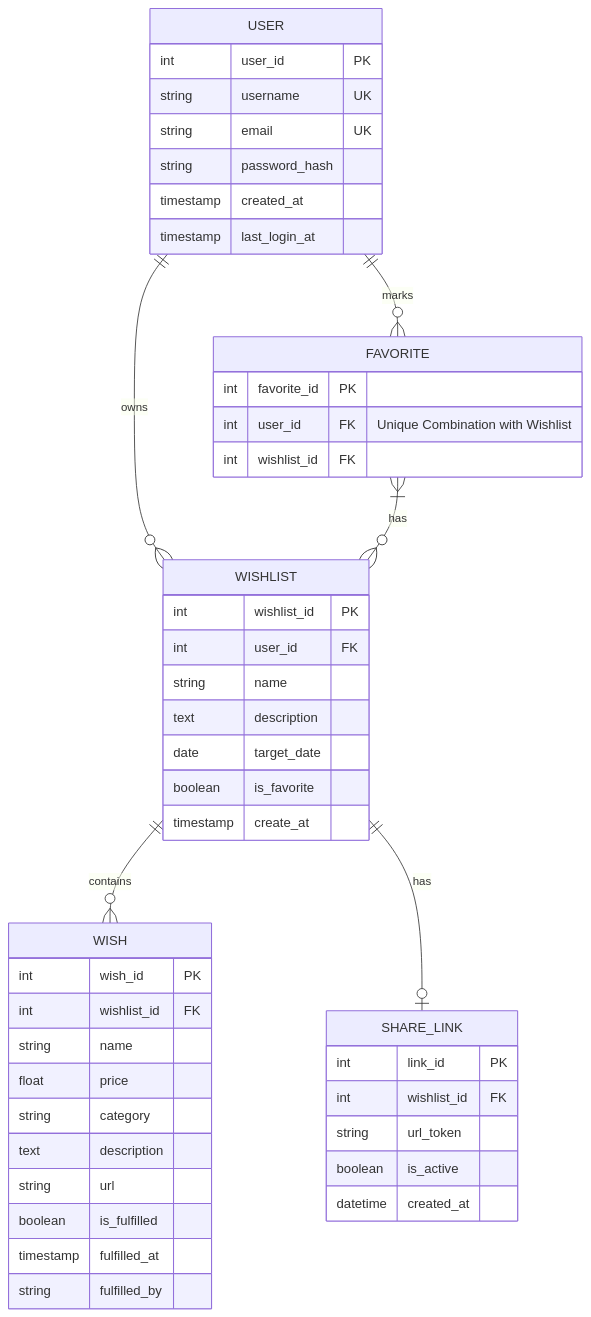
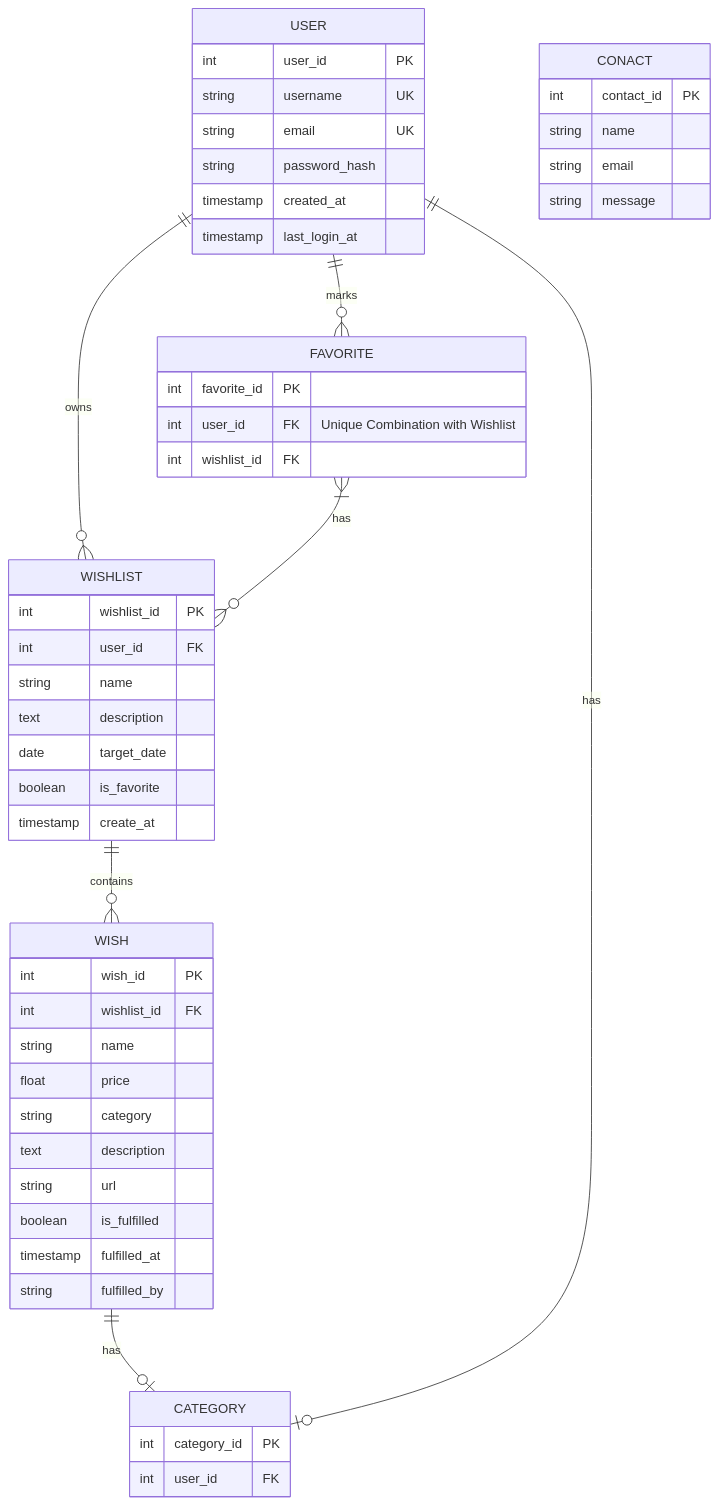
Before and after one commit to justMeTimothyG/WiSe-24_25-Grundzuege-der-Wirtschaftsinformatik-Wunschnest: the first of 5 diagrams in Wunschnest/docs/datenbank-design.md, drawn with Mermaid. The commit also changed 24 other files, not shown here.

````diff
--- a/Wunschnest/docs/datenbank-design.md
+++ b/Wunschnest/docs/datenbank-design.md
@@ -22,54 +22,59 @@
 ```mermaid
 erDiagram
     USER {
         int user_id PK
         string username UK
         string email UK
         string password_hash
         timestamp created_at
         timestamp last_login_at
     }
 
     WISHLIST {
         int wishlist_id PK
         int user_id FK
         string name
         text description
         date target_date
         boolean is_favorite
         timestamp create_at
     }
 
     WISH {
         int wish_id PK
         int wishlist_id FK
         string name
         float price
         string category
         text description
         string url
         boolean is_fulfilled
         timestamp fulfilled_at
         string fulfilled_by
     }
 
     FAVORITE {
         int favorite_id PK
         int user_id FK "Unique Combination with Wishlist"
         int wishlist_id FK
     }
 
-    SHARE_LINK {
-        int link_id PK
-        int wishlist_id FK
-        string url_token
-        boolean is_active
-        datetime created_at
+    CATEGORY {
+        int category_id PK
+        int user_id FK
+    }
+
+    CONACT {
+      int contact_id PK
+      string name
+      string email
+      string message
     }
 
     USER ||--o{ WISHLIST : "owns"
     WISHLIST ||--o{ WISH : "contains"
     USER ||--o{ FAVORITE : "marks"
-    WISHLIST ||--o| SHARE_LINK : "has"
+    WISH ||--o| CATEGORY : "has"
+    USER ||--o| CATEGORY : "has"
     FAVORITE }|--o{ WISHLIST : "has"
 ```
````
